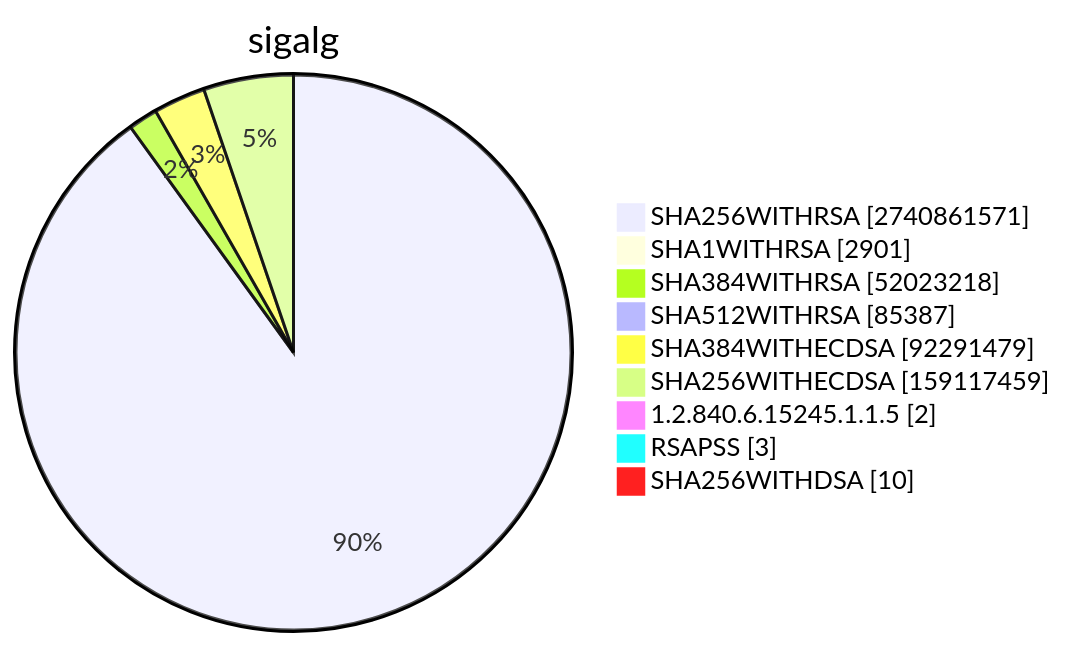
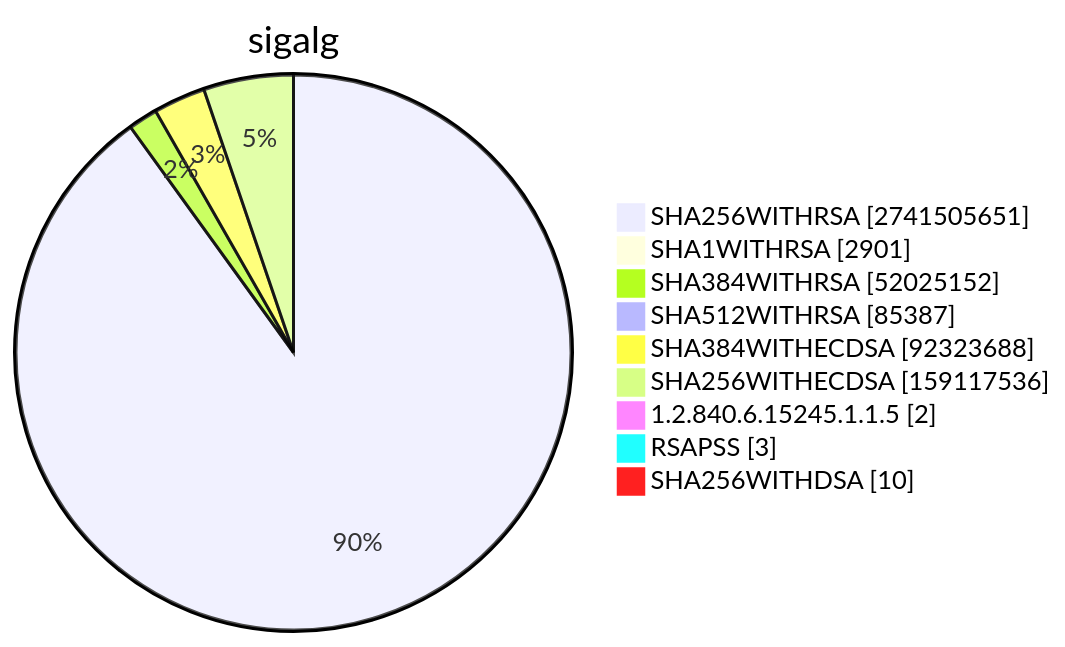
One commit to christiankrug/ctmonitor_visualization changed diagram 15 of 15 in TOTAL/README.md. Above: the diagram before and after it, drawn with Mermaid. The commit also changed other lines of this file, not shown here.

````diff
--- a/TOTAL/README.md
+++ b/TOTAL/README.md
@@ -6204,13 +6204,13 @@
 ```mermaid
 pie showData
 title sigalg
-"SHA256WITHRSA" :2740861571
+"SHA256WITHRSA" :2741505651
 "SHA1WITHRSA" :2901
-"SHA384WITHRSA" :52023218
+"SHA384WITHRSA" :52025152
 "SHA512WITHRSA" :85387
-"SHA384WITHECDSA" :92291479
-"SHA256WITHECDSA" :159117459
+"SHA384WITHECDSA" :92323688
+"SHA256WITHECDSA" :159117536
 "1.2.840.6.15245.1.1.5" :2
 "RSAPSS" :3
 "SHA256WITHDSA" :10
 ```
````
